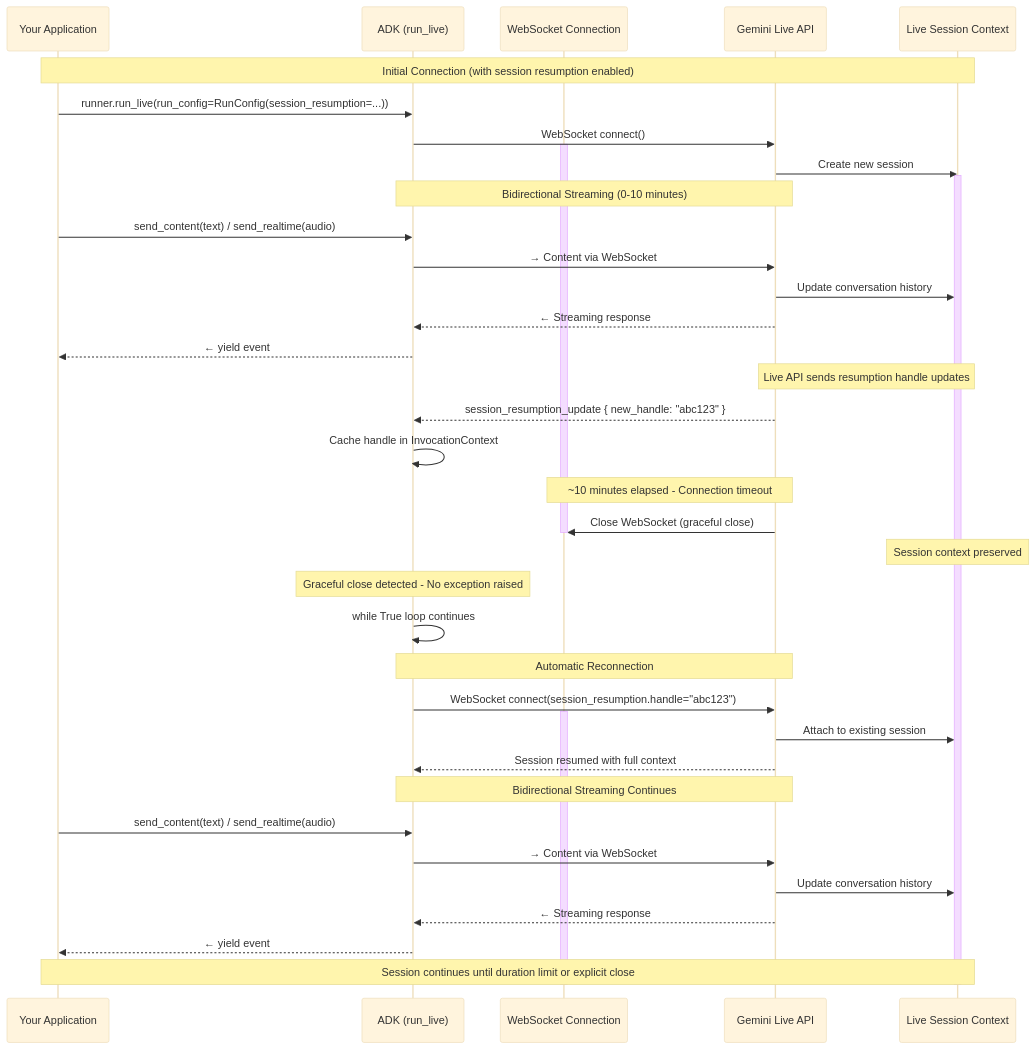
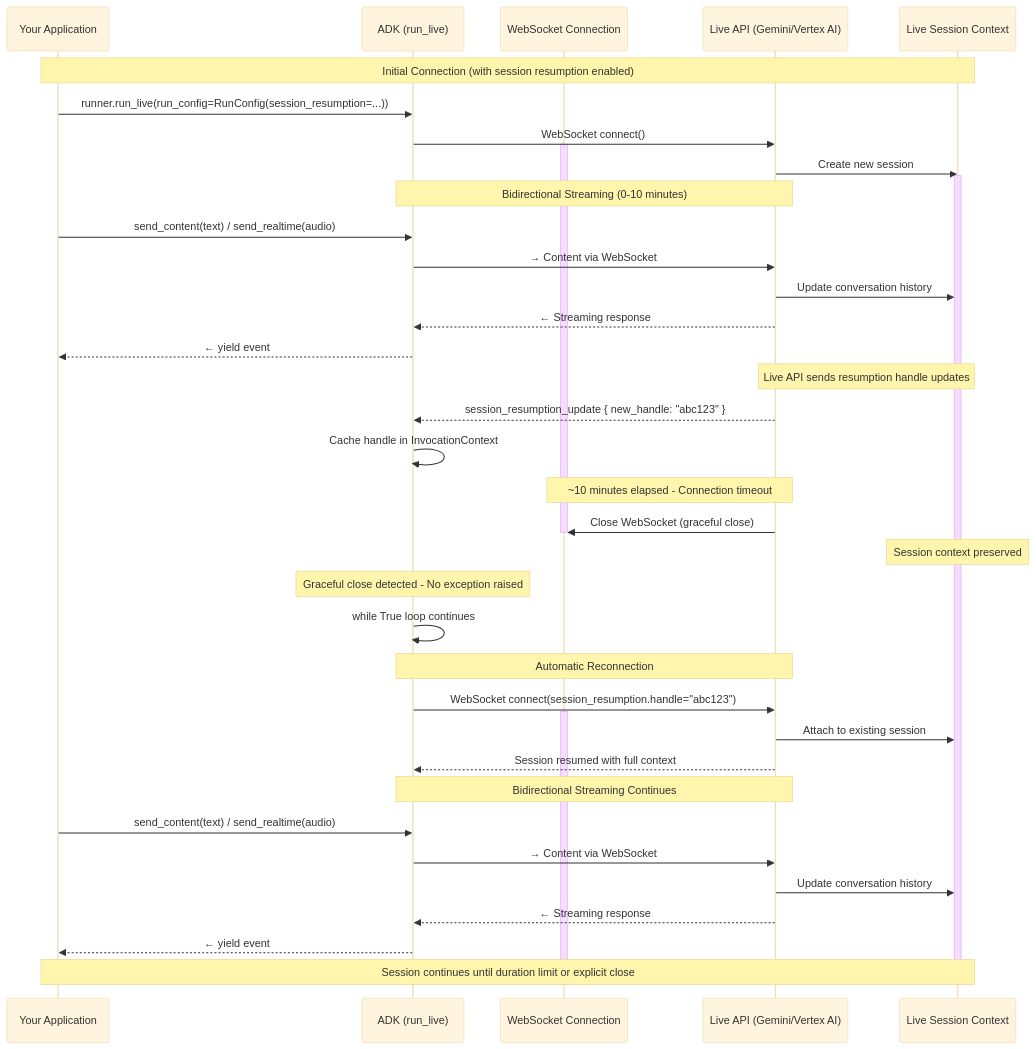
The third of 3 diagrams in docs/part4_run_config.md (kazunori279/adk-streaming-guide), drawn with Mermaid (base theme) before and after one commit. The commit also changed other lines of this file and 1 other file, not shown here.

````diff
--- a/docs/part4_run_config.md
+++ b/docs/part4_run_config.md
@@ -299,57 +306,57 @@
 ```mermaid
 sequenceDiagram
     participant App as Your Application
     participant ADK as ADK (run_live)
     participant WS as WebSocket Connection
-    participant API as Gemini Live API
+    participant API as Live API (Gemini/Vertex AI)
     participant Session as Live Session Context
 
     Note over App,Session: Initial Connection (with session resumption enabled)
 
     App->>ADK: runner.run_live(run_config=RunConfig(session_resumption=...))
     ADK->>API: WebSocket connect()
     activate WS
     API->>Session: Create new session
     activate Session
 
     Note over ADK,API: Bidirectional Streaming (0-10 minutes)
 
     App->>ADK: send_content(text) / send_realtime(audio)
     ADK->>API: → Content via WebSocket
     API->>Session: Update conversation history
     API-->>ADK: ← Streaming response
     ADK-->>App: ← yield event
 
     Note over API,Session: Live API sends resumption handle updates
     API-->>ADK: session_resumption_update { new_handle: "abc123" }
     ADK->>ADK: Cache handle in InvocationContext
 
     Note over WS,API: ~10 minutes elapsed - Connection timeout
 
     API->>WS: Close WebSocket (graceful close)
     deactivate WS
     Note over Session: Session context preserved
 
     Note over ADK: Graceful close detected - No exception raised
     ADK->>ADK: while True loop continues
 
     Note over ADK,API: Automatic Reconnection
 
     ADK->>API: WebSocket connect(session_resumption.handle="abc123")
     activate WS
     API->>Session: Attach to existing session
     API-->>ADK: Session resumed with full context
 
     Note over ADK,API: Bidirectional Streaming Continues
 
     App->>ADK: send_content(text) / send_realtime(audio)
     ADK->>API: → Content via WebSocket
     API->>Session: Update conversation history
     API-->>ADK: ← Streaming response
     ADK-->>App: ← yield event
 
     Note over App,Session: Session continues until duration limit or explicit close
 
     deactivate WS
     deactivate Session
 ```
````
